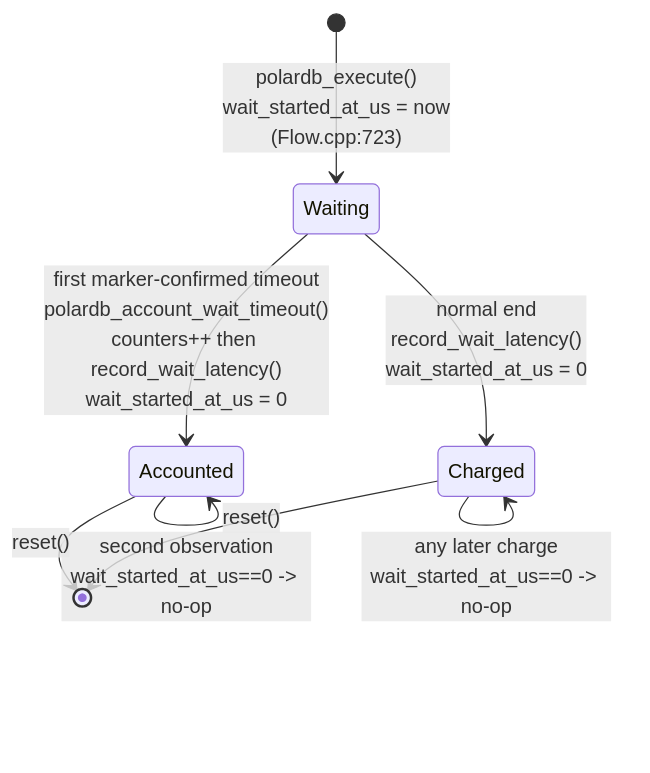
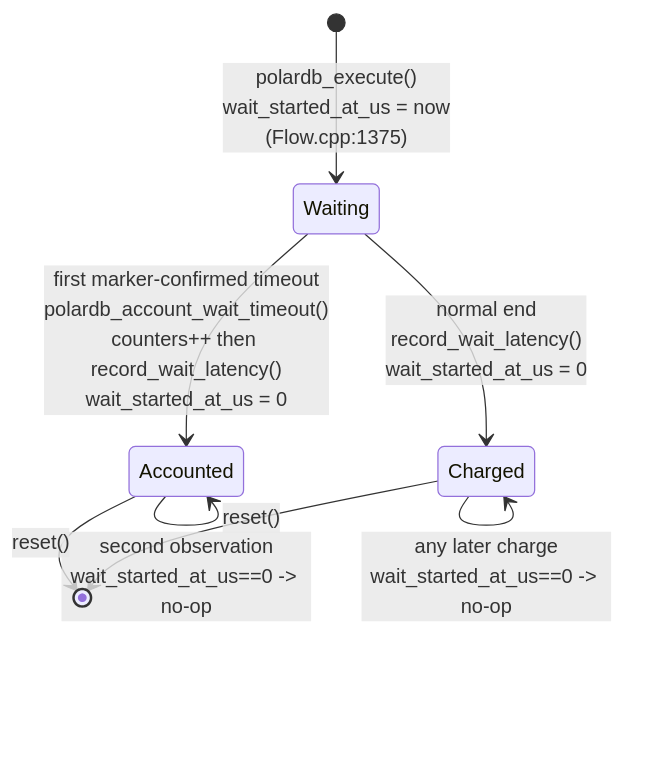
Before and after one commit to awide-labs/polar-proxy: the fourth of 4 diagrams in doc/polardb-arch/08-WAIT-TIMEOUT-AND-NOTICES.md, drawn with Mermaid. The commit also changed other lines of this file and 21 other files, not shown here.

````diff
--- a/doc/polardb-arch/08-WAIT-TIMEOUT-AND-NOTICES.md
+++ b/doc/polardb-arch/08-WAIT-TIMEOUT-AND-NOTICES.md
@@ -556,10 +556,10 @@
 ```mermaid
 stateDiagram-v2
-    [*] --> Waiting: polardb_execute()<br/>wait_started_at_us = now<br/>(Flow.cpp:723)
+    [*] --> Waiting: polardb_execute()<br/>wait_started_at_us = now<br/>(Flow.cpp:1375)
     Waiting --> Accounted: first marker-confirmed timeout<br/>polardb_account_wait_timeout()<br/>counters++ then record_wait_latency()<br/>wait_started_at_us = 0
     Waiting --> Charged: normal end<br/>record_wait_latency()<br/>wait_started_at_us = 0
     Accounted --> Accounted: second observation<br/>wait_started_at_us==0 -> no-op
     Charged --> Charged: any later charge<br/>wait_started_at_us==0 -> no-op
     Accounted --> [*]: reset()
     Charged --> [*]: reset()
 ```
````
